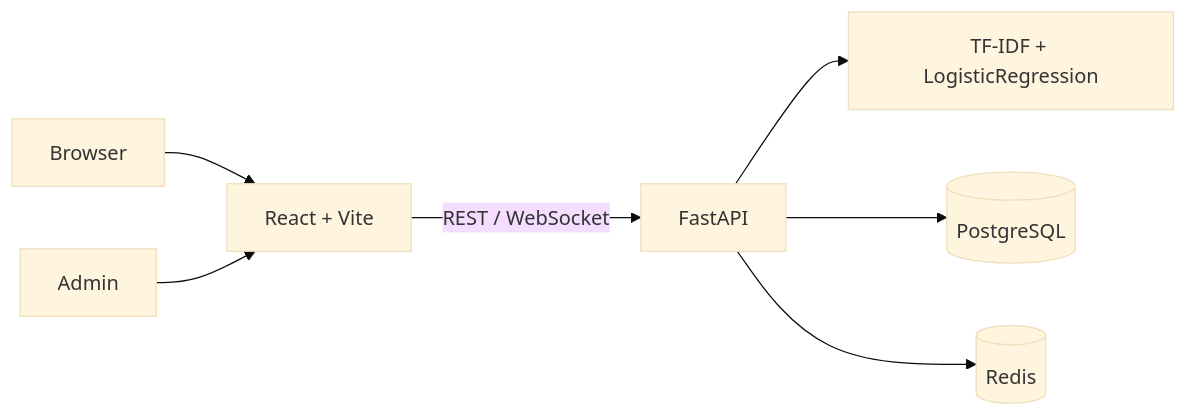
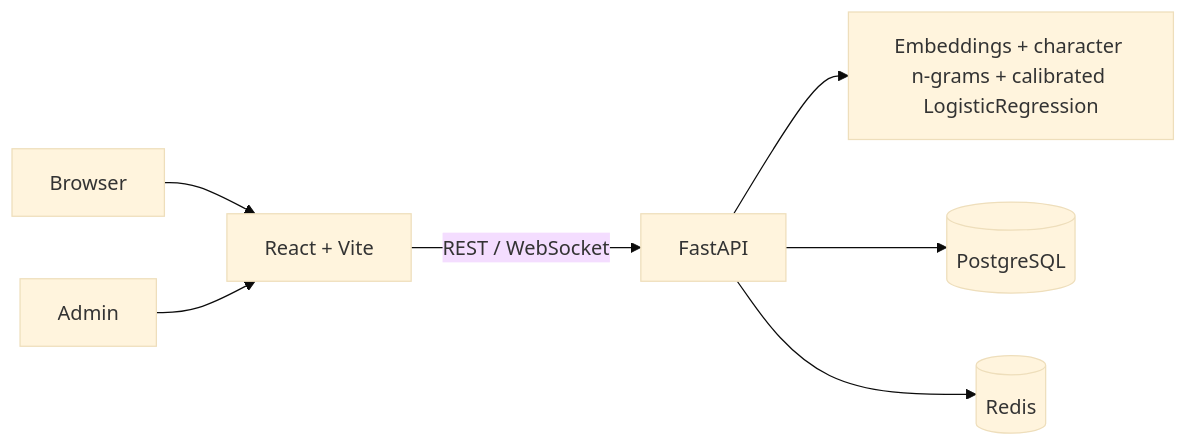
Before and after one commit to jeetkhanpara1412/AI-Customer-Support-System: the diagram in README.md, drawn with Mermaid (base theme). The commit also changed other lines of this file and 4 other files, not shown here.

````diff
--- a/README.md
+++ b/README.md
@@ -17,9 +18,9 @@
 ```mermaid
 flowchart LR
     Browser --> Frontend[React + Vite]
     Frontend -->|REST / WebSocket| API[FastAPI]
-    API --> ML[TF-IDF + LogisticRegression]
+    API --> ML[Embeddings + character n-grams + calibrated LogisticRegression]
     API --> PG[(PostgreSQL)]
     API --> Redis[(Redis)]
     Admin --> Frontend
 ```
````
